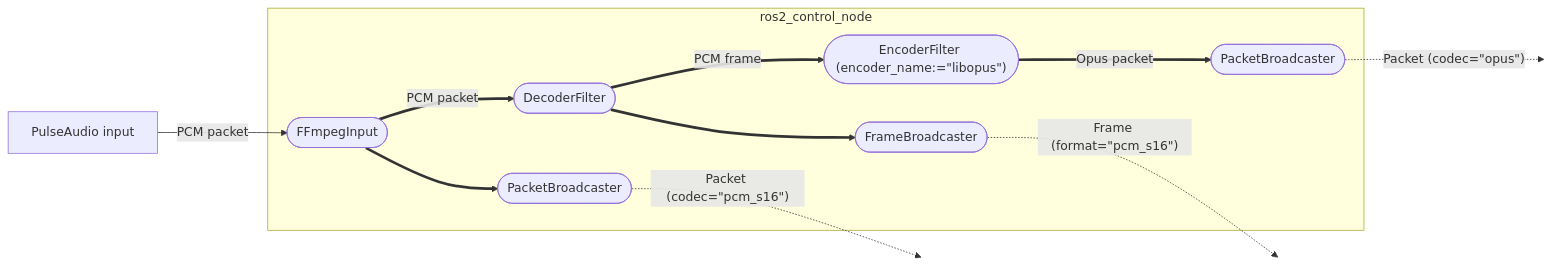
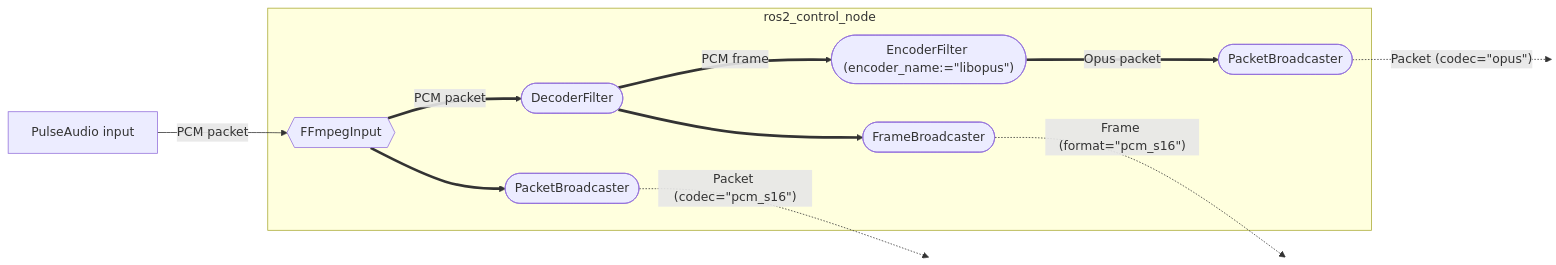
The second of 3 diagrams in README.md (yoshito-n-students/ffmpeg_pipeline), drawn with Mermaid before and after one commit. The commit also changed other lines of this file, not shown here.

Commit message:
match block shape in flowchart

````diff
--- a/README.md
+++ b/README.md
@@ -138,15 +138,15 @@
 ```mermaid
 flowchart LR
-   A@{ shape: rect, label: "PulseAudio input" } -- "PCM packet" --> B@{ shape: stadium, label: "FFmpegInput" }
+   A@{ shape: rect, label: "PulseAudio input" } -- "PCM packet" --> B@{ shape: hex, label: "FFmpegInput" }
    subgraph ros2_control_node
    B == "PCM packet" ==> C@{ shape: stadium, label: "DecoderFilter" }
    B ==> C2@{ shape: stadium, label: "PacketBroadcaster" }
    C == "PCM frame" ==> D@{ shape: stadium, label: "EncoderFilter (encoder_name:=#quot;libopus#quot;)" }
    C ==> D2@{ shape: stadium, label: "FrameBroadcaster" }
    D == "Opus packet" ==> E@{ shape: stadium, label: "PacketBroadcaster" }
    end
    C2 -. "Packet (codec=#quot;pcm_s16#quot;)" .-> F:::hidden
    D2 -. "Frame (format=#quot;pcm_s16#quot;)" .-> G:::hidden
    E -. "Packet (codec=#quot;opus#quot;)" .-> H:::hidden
    classDef hidden display: none;
 ```
````
